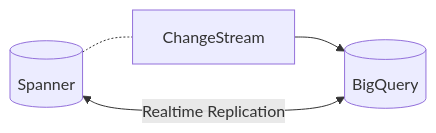
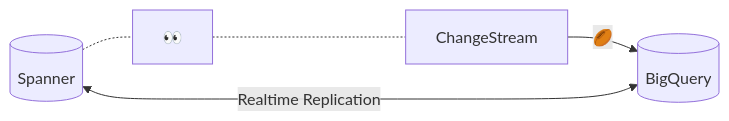
One commit to mogranjm/change-streams-poc changed the first of 3 diagrams in README.md. Above: the diagram before and after it, drawn with Mermaid.

Commit message:
Fun emojis

````diff
--- a/README.md
+++ b/README.md
@@ -6,5 +6,5 @@
 ```mermaid
 flowchart LR
-    S[(Spanner)] -.- CS[ChangeStream] --> BQ[(BigQuery)]
+    S[(Spanner)] -.- &#x1F440 -.- CS[ChangeStream] -- &#x1f3c9 --> BQ[(BigQuery)]
     S <-- Realtime Replication --> BQ
 ```
````
